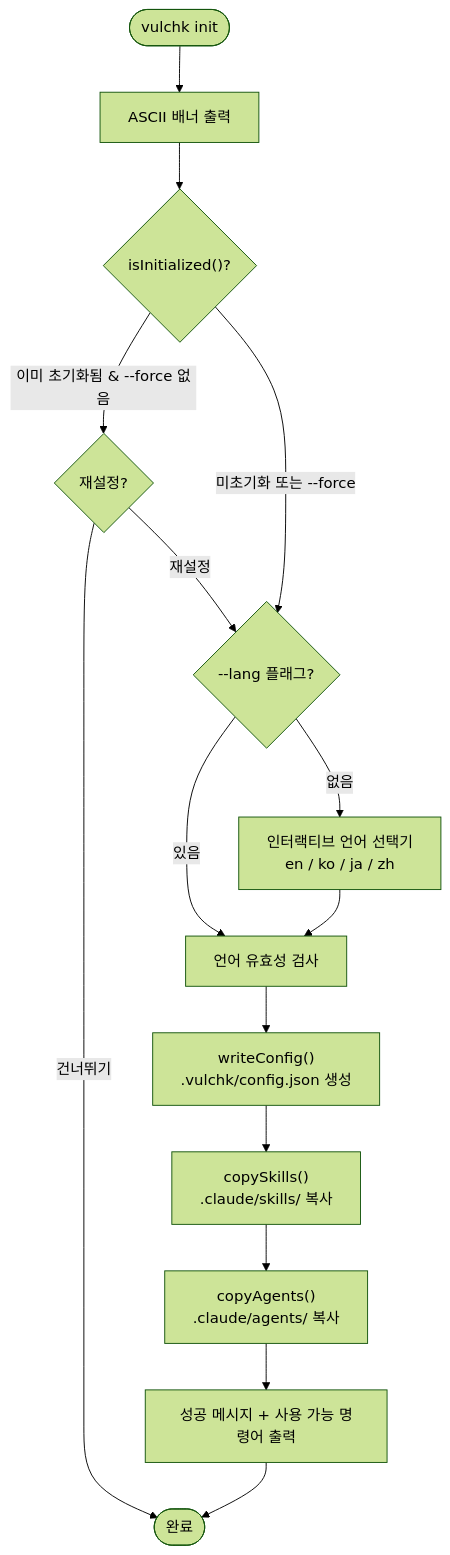
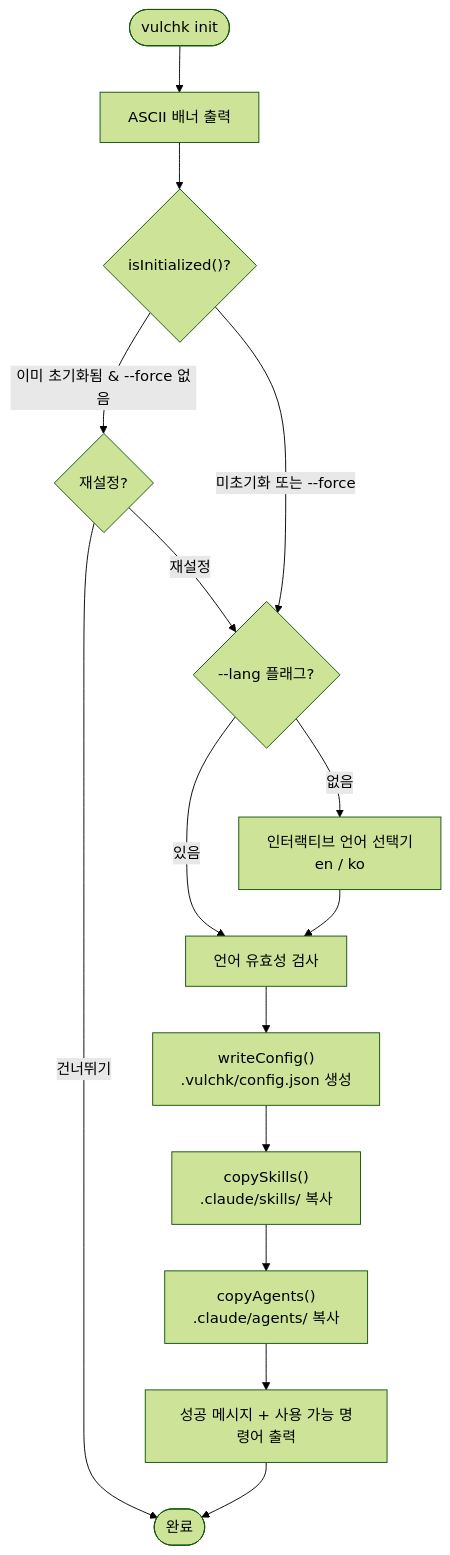
One commit to letsur-dev/vulcheck changed the third of 3 diagrams in design/architecture.md. Above: the diagram before and after it, drawn with Mermaid (forest theme). The commit also changed other lines of this file and 14 other files, not shown here.

````diff
--- a/design/architecture.md
+++ b/design/architecture.md
@@ -138,20 +138,20 @@
 ```mermaid
 flowchart TD
     Start([vulchk init]) --> Banner["ASCII 배너 출력"]
     Banner --> CheckInit{"isInitialized()?"}
     CheckInit -->|"이미 초기화됨 & --force 없음"| AskReconfigure{"재설정?"}
     AskReconfigure -->|건너뛰기| End([완료])
     AskReconfigure -->|재설정| LangCheck
     CheckInit -->|"미초기화 또는 --force"| LangCheck
 
     LangCheck{"--lang 플래그?"}
     LangCheck -->|있음| Validate["언어 유효성 검사"]
-    LangCheck -->|없음| Prompt["인터랙티브 언어 선택기<br>en / ko / ja / zh"]
+    LangCheck -->|없음| Prompt["인터랙티브 언어 선택기<br>en / ko"]
     Prompt --> Validate
 
     Validate --> WriteConfig["writeConfig()<br>.vulchk/config.json 생성"]
     WriteConfig --> CopySkills["copySkills()<br>.claude/skills/ 복사"]
     CopySkills --> CopyAgents["copyAgents()<br>.claude/agents/ 복사"]
     CopyAgents --> Summary["성공 메시지 + 사용 가능 명령어 출력"]
     Summary --> End
 ```
````
